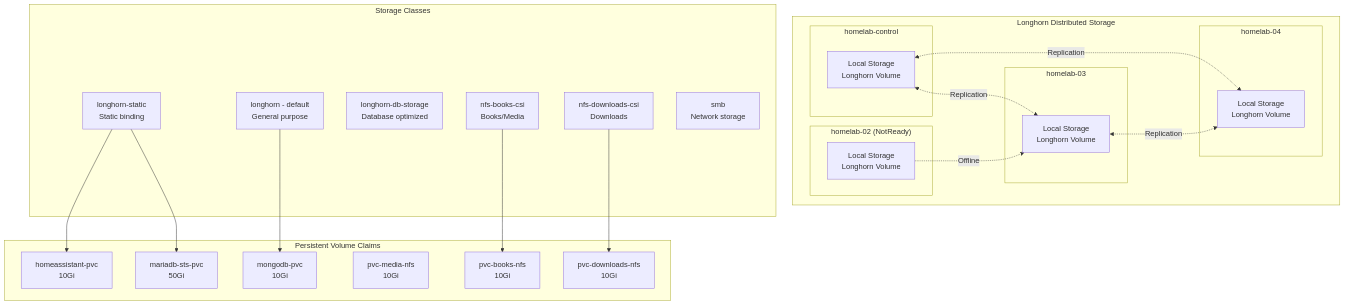
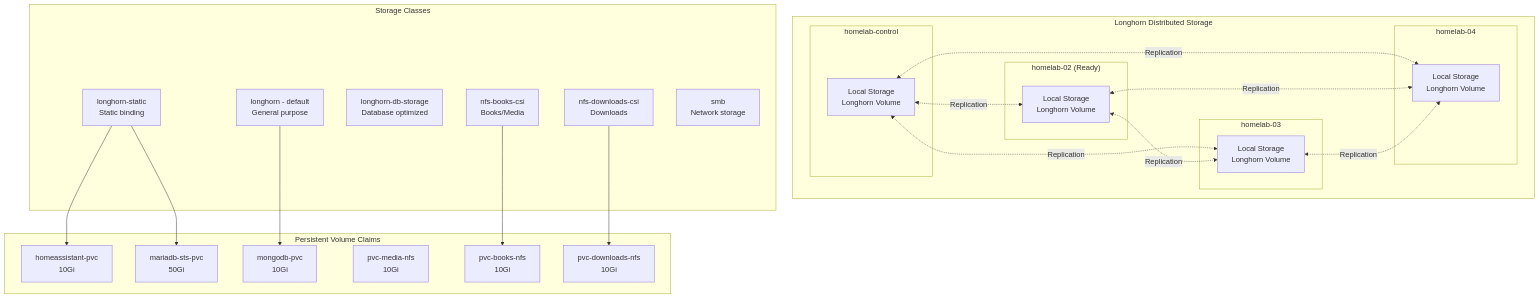
One commit to erix/homelab changed the third of 5 diagrams in network-diagram.md. Above: the diagram before and after it, drawn with Mermaid. The commit also changed other lines of this file and 6 other files, not shown here.

First line of the commit message:
Replace ASCII art with D2 diagrams and update network documentation

````diff
--- a/network-diagram.md
+++ b/network-diagram.md
@@ -81,49 +87,51 @@
 ```mermaid
 graph TB
     subgraph "Longhorn Distributed Storage"
         subgraph "homelab-control"
             ControlStorage[Local Storage<br/>Longhorn Volume]
         end
         
-        subgraph "homelab-02 (NotReady)"
+        subgraph "homelab-02 (Ready)"
             Node02Storage[Local Storage<br/>Longhorn Volume]
         end
         
         subgraph "homelab-03"
             Node03Storage[Local Storage<br/>Longhorn Volume]
         end
         
         subgraph "homelab-04"
             Node04Storage[Local Storage<br/>Longhorn Volume]
         end
         
+        ControlStorage <-.->|Replication| Node02Storage
         ControlStorage <-.->|Replication| Node03Storage
         ControlStorage <-.->|Replication| Node04Storage
+        Node02Storage <-.->|Replication| Node03Storage
+        Node02Storage <-.->|Replication| Node04Storage
         Node03Storage <-.->|Replication| Node04Storage
-        Node02Storage -.->|Offline| Node03Storage
     end
     
     subgraph "Storage Classes"
         LonghornDefault[longhorn - default<br/>General purpose]
         LonghornStatic[longhorn-static<br/>Static binding]
         LonghornDB[longhorn-db-storage<br/>Database optimized]
         NFSBooks[nfs-books-csi<br/>Books/Media]
         NFSDownloads[nfs-downloads-csi<br/>Downloads]
         SMB[smb<br/>Network storage]
     end
     
     subgraph "Persistent Volume Claims"
         HAPVC[homeassistant-pvc<br/>10Gi]
         MariaPVC[mariadb-sts-pvc<br/>50Gi]
         MongoPVC[mongodb-pvc<br/>10Gi]
         MediaPVC[pvc-media-nfs<br/>10Gi]
         BooksPVC[pvc-books-nfs<br/>10Gi]
         DownloadsPVC[pvc-downloads-nfs<br/>10Gi]
     end
     
     LonghornStatic --> HAPVC
     LonghornStatic --> MariaPVC
     LonghornDefault --> MongoPVC
     NFSBooks --> BooksPVC
     NFSDownloads --> DownloadsPVC
 ```
````
